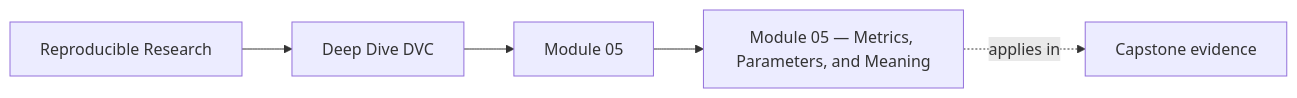
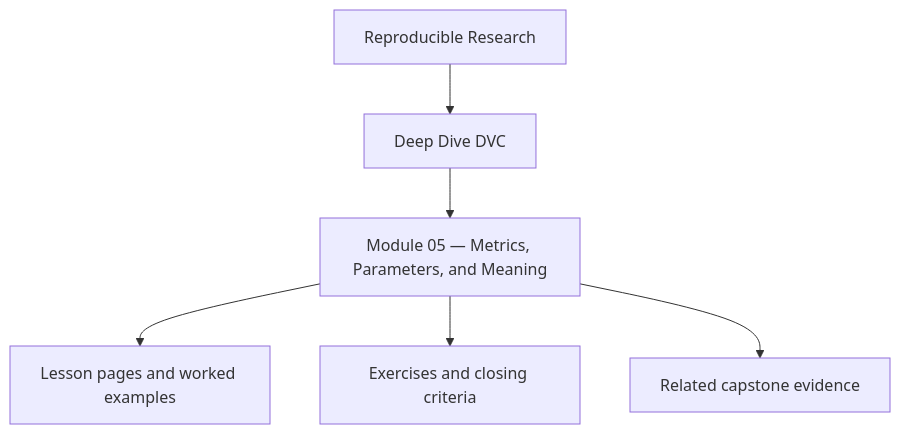
The first of 4 diagrams in programs/reproducible-research/deep-dive-dvc/course-book/module-05-metrics-parameters-and-meaning/index.md (bijux/bijux-masterclass), drawn with Mermaid before and after one commit. The commit also changed other lines of this file and 10 other files, not shown here.

Commit message:
docs(deep-dive-dvc): reposition module overview diagrams

````diff
--- a/programs/reproducible-research/deep-dive-dvc/course-book/module-05-metrics-parameters-and-meaning/index.md
+++ b/programs/reproducible-research/deep-dive-dvc/course-book/module-05-metrics-parameters-and-meaning/index.md
@@ -7,11 +7,8 @@
 ```mermaid
-graph LR
-  family["Reproducible Research"]
-  program["Deep Dive DVC"]
-  section["Module 05"]
-  page["Module 05 — Metrics, Parameters, and Meaning"]
-  capstone["Capstone evidence"]
-
-  family --> program --> section --> page
-  page -.applies in.-> capstone
+flowchart TD
+  family["Reproducible Research"] --> program["Deep Dive DVC"]
+  program --> module["Module 05 — Metrics, Parameters, and Meaning"]
+  module --> lessons["Lesson pages and worked examples"]
+  module --> checkpoints["Exercises and closing criteria"]
+  module --> capstone["Related capstone evidence"]
 ```
````
